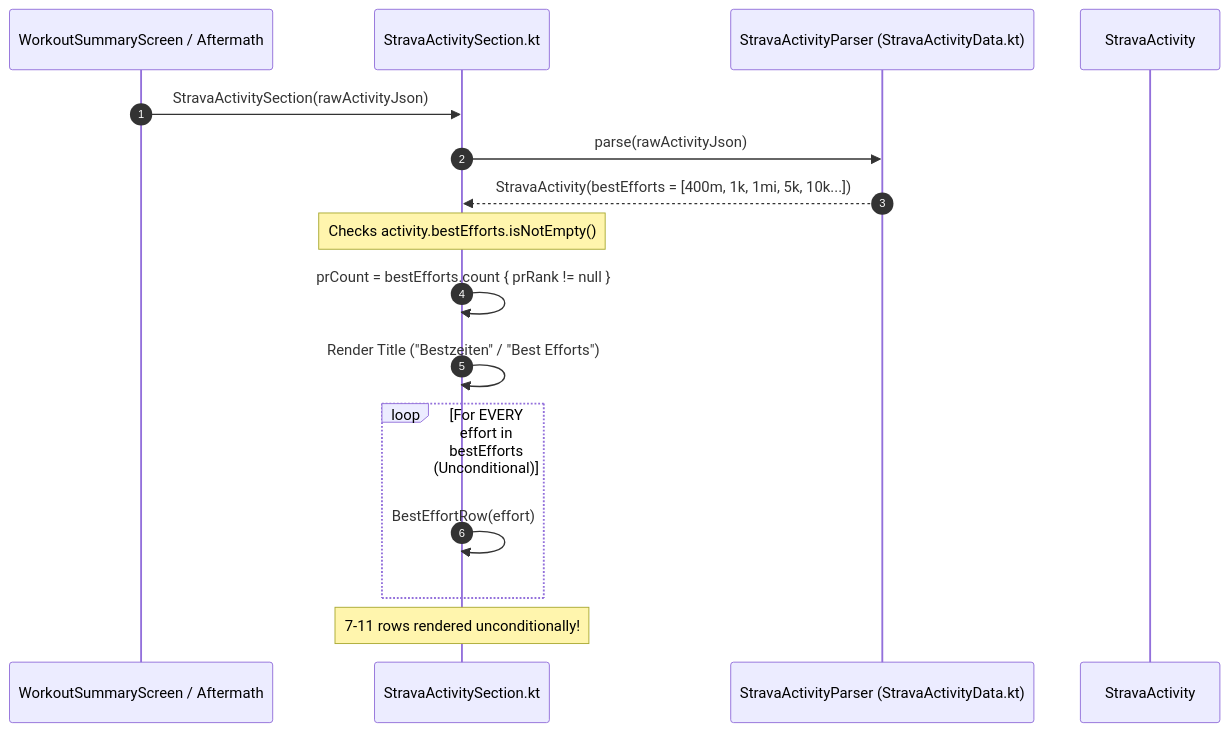
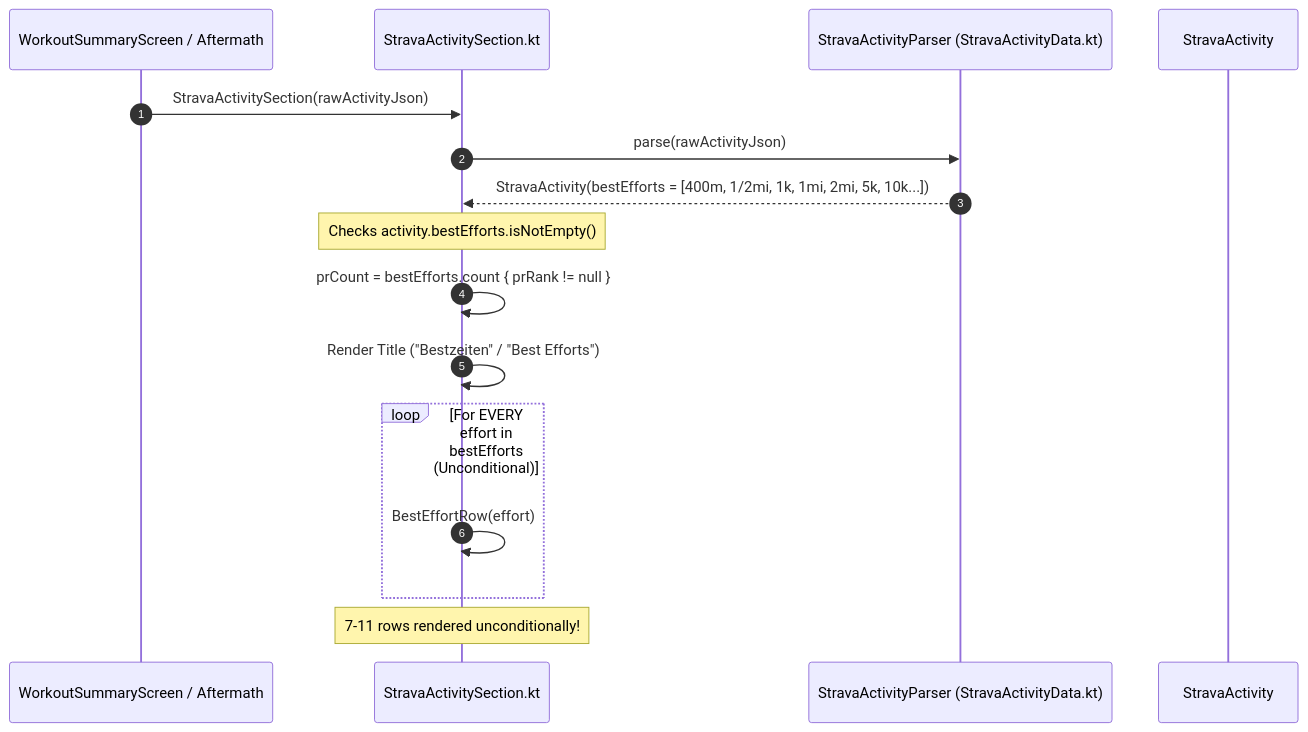
One commit to rainerblind/aTrainingTracker changed the first of 2 diagrams in docs/engineering/analysis/ATT-883_analysis.md. Above: the diagram before and after it, drawn with Mermaid. The commit also changed other lines of this file, not shown here.

````diff
--- a/docs/engineering/analysis/ATT-883_analysis.md
+++ b/docs/engineering/analysis/ATT-883_analysis.md
@@ -39,19 +40,19 @@
 ```mermaid
 sequenceDiagram
     autonumber
     participant UI as WorkoutSummaryScreen / Aftermath
     participant Section as StravaActivitySection.kt
     participant Parser as StravaActivityParser (StravaActivityData.kt)
     participant Model as StravaActivity
 
     UI->>Section: StravaActivitySection(rawActivityJson)
     Section->>Parser: parse(rawActivityJson)
-    Parser-->>Section: StravaActivity(bestEfforts = [400m, 1k, 1mi, 5k, 10k...])
+    Parser-->>Section: StravaActivity(bestEfforts = [400m, 1/2mi, 1k, 1mi, 2mi, 5k, 10k...])
     Note over Section: Checks activity.bestEfforts.isNotEmpty()
     Section->>Section: prCount = bestEfforts.count { prRank != null }
     Section->>Section: Render Title ("Bestzeiten" / "Best Efforts")
     loop For EVERY effort in bestEfforts (Unconditional)
         Section->>Section: BestEffortRow(effort)
     end
     Note over Section: 7-11 rows rendered unconditionally!
 ```
````
